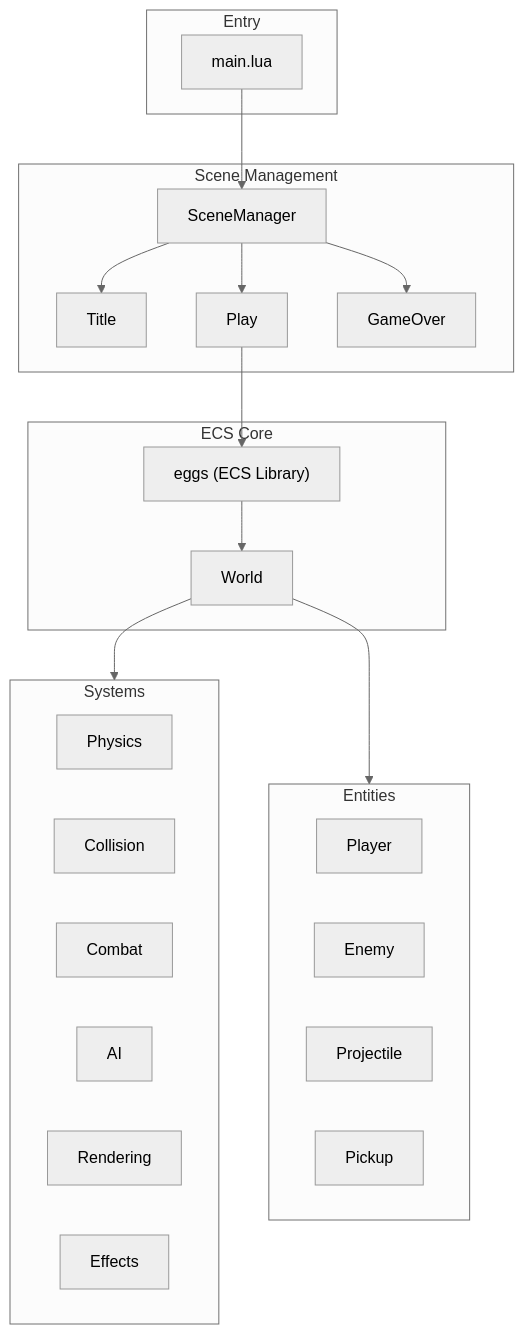
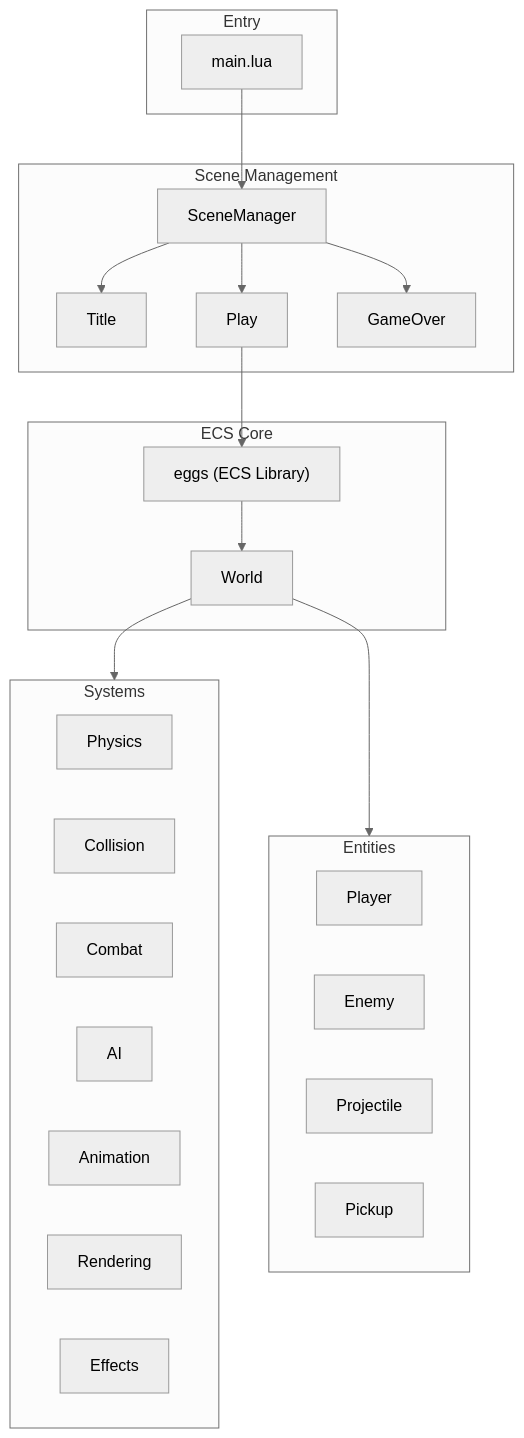
One commit to adamico/legendary-octo-guacamole changed the diagram in docs/ARCHITECTURE.md. Above: the diagram before and after it, drawn with Mermaid (neutral theme). The commit also changed other lines of this file and 1 other file, not shown here.

Commit message:
feat: implement FSM-based animation system with per-frame durations, composite sprites, and velocity-based direction.

````diff
--- a/docs/ARCHITECTURE.md
+++ b/docs/ARCHITECTURE.md
@@ -10,39 +10,40 @@
 ```mermaid
 graph TB
     subgraph Entry
         main.lua
     end
     
     subgraph Scene Management
         SceneManager --> Title
         SceneManager --> Play
         SceneManager --> GameOver
     end
     
     subgraph ECS Core
         eggs["eggs (ECS Library)"]
         World
     end
     
     subgraph Systems
         Physics
         Collision
         Combat
         AI
+        Animation
         Rendering
         Effects
     end
     
     subgraph Entities
         Player
         Enemy
         Projectile
         Pickup
     end
     
     main.lua --> SceneManager
     Play --> eggs
     eggs --> World
     World --> Systems
     World --> Entities
 ```
````
